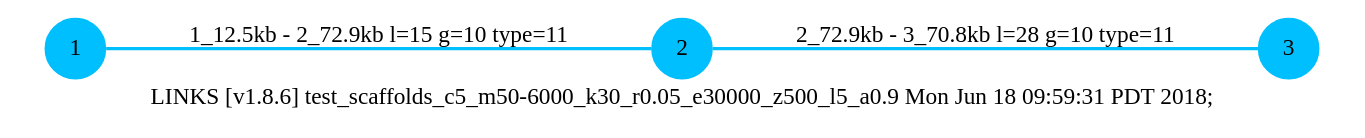
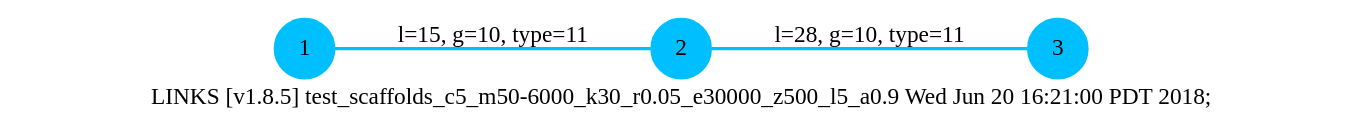
The diagram in Examples/arks_test-demo/output/test_scaffolds_c5_m50-6000_k30_r0.05_e30000_z500_l5_a0.9.gv (bcgsc/arks), drawn with Graphviz before and after one commit. The commit also changed 4 other files, not shown here.

```diff
--- a/Examples/arks_test-demo/output/test_scaffolds_c5_m50-6000_k30_r0.05_e30000_z500_l5_a0.9.gv
+++ b/Examples/arks_test-demo/output/test_scaffolds_c5_m50-6000_k30_r0.05_e30000_z500_l5_a0.9.gv
@@ -1,11 +1,11 @@
 graph LINKS{
-	label="LINKS [v1.8.6] test_scaffolds_c5_m50-6000_k30_r0.05_e30000_z500_l5_a0.9 Mon Jun 18 09:59:31 PDT 2018;"
+	label="LINKS [v1.8.5] test_scaffolds_c5_m50-6000_k30_r0.05_e30000_z500_l5_a0.9 Wed Jun 20 16:21:00 PDT 2018;"
 	rankdir=LR;
 	node [shape = circle];
 	1 [style=filled, fillcolor=deepskyblue, color=deepskyblue]
 	2 [style=filled, fillcolor=deepskyblue, color=deepskyblue]
-	1 -- 2 [ label = "1_12.5kb - 2_72.9kb l=15 g=10 type=11", penwidth=2.0, color=deepskyblue ]
+	1 -- 2 [ label = "l=15, g=10, type=11", penwidth=2.0, color=deepskyblue ]
 	2 [style=filled, fillcolor=deepskyblue, color=deepskyblue]
 	3 [style=filled, fillcolor=deepskyblue, color=deepskyblue]
-	2 -- 3 [ label = "2_72.9kb - 3_70.8kb l=28 g=10 type=11", penwidth=2.0, color=deepskyblue ]
+	2 -- 3 [ label = "l=28, g=10, type=11", penwidth=2.0, color=deepskyblue ]
 }
```
